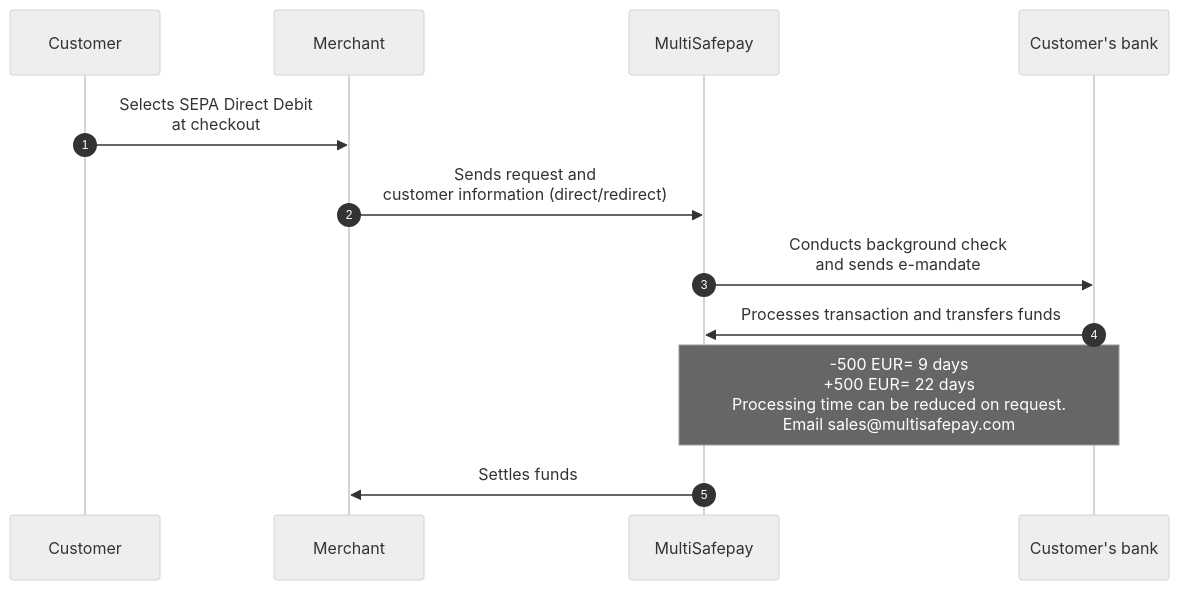
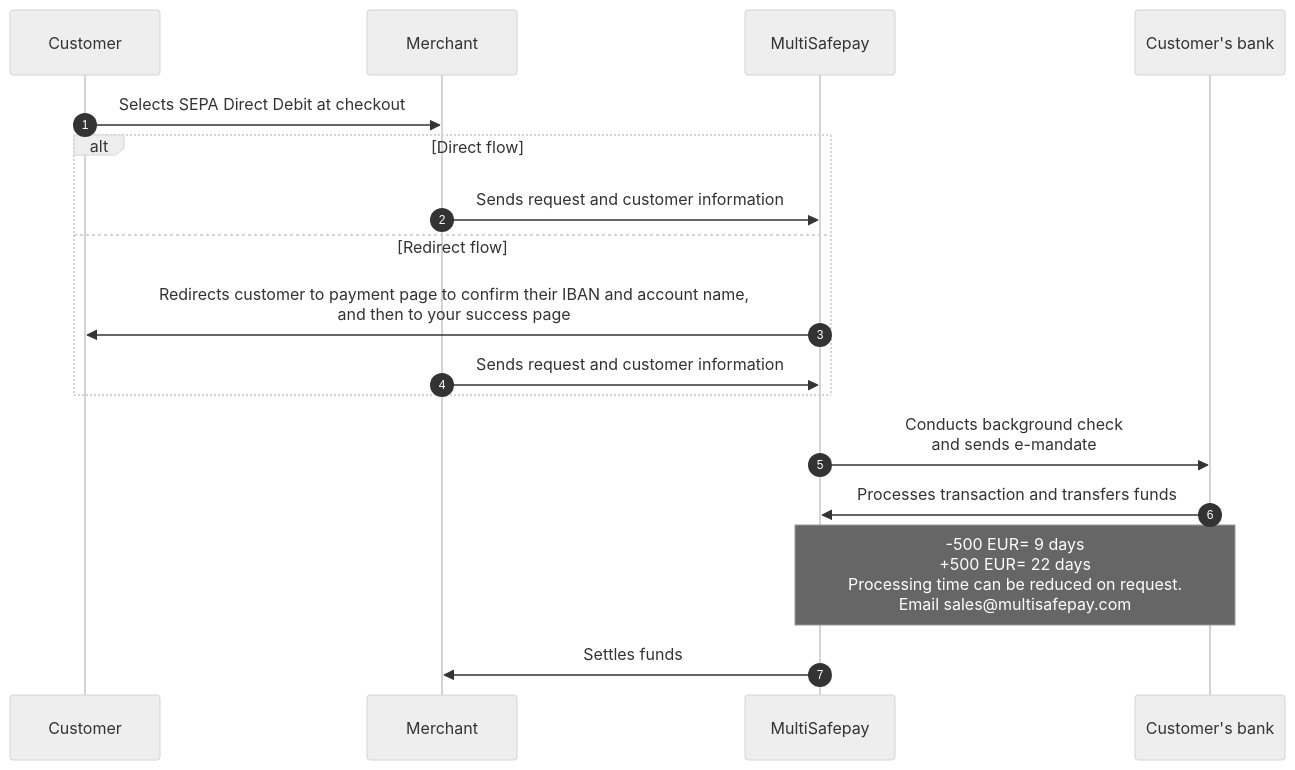
Before and after one commit to MultiSafepay/docs: the diagram in content/payments/methods/banks/sepa-direct-debit/payment-flow.md, drawn with Mermaid (neutral theme). The commit also changed other lines of this file and 20 other files, not shown here.

```diff
--- a/content/payments/methods/banks/sepa-direct-debit/payment-flow.md
+++ b/content/payments/methods/banks/sepa-direct-debit/payment-flow.md
@@ -22,17 +22,22 @@
 {{< mermaid class="text-center" >}}
 
 sequenceDiagram
     autonumber
     participant C as Customer
     participant Me as Merchant
     participant Mu as MultiSafepay
     participant CB as Customer's bank
     
-    C->>Me: Selects SEPA Direct Debit <br> at checkout
-    Me->>Mu: Sends request and <br> customer information (direct/redirect)
+    C->>Me: Selects SEPA Direct Debit at checkout
+    alt Direct flow
+    Me->>Mu: Sends request and customer information
+    else Redirect flow
+    Mu->>C: Redirects customer to payment page to confirm their IBAN and account name, <br> and then to your success page
+    Me->>Mu: Sends request and customer information
+    end
     Mu->>CB: Conducts background check <br> and sends e-mandate
     CB->>Mu: Processes transaction and transfers funds 
     Note over CB,Mu: -500 EUR= 9 days <br> +500 EUR= 22 days <br> Processing time can be reduced on request. <br> Email sales@multisafepay.com
     Mu->>Me: Settles funds
 
 {{< /mermaid >}}
```
